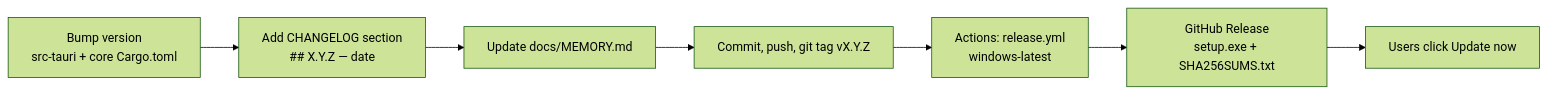
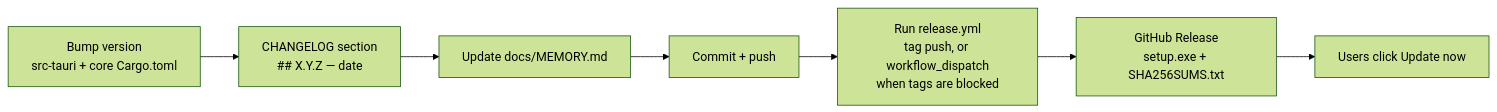
One commit to Edgar-Mendonca/Datum-Plan changed the third of 3 diagrams in docs/MEMORY.md. Above: the diagram before and after it, drawn with Mermaid (forest theme). The commit also changed other lines of this file and 24 other files, not shown here.

````diff
--- a/docs/MEMORY.md
+++ b/docs/MEMORY.md
@@ -99,9 +122,9 @@
 ```mermaid
 flowchart LR
-  A[Bump version<br/>src-tauri + core Cargo.toml] --> B[Add CHANGELOG section<br/>## X.Y.Z — date]
+  A[Bump version<br/>src-tauri + core Cargo.toml] --> B[CHANGELOG section<br/>## X.Y.Z — date]
   B --> C[Update docs/MEMORY.md]
-  C --> D[Commit, push, git tag vX.Y.Z]
-  D --> E[Actions: release.yml<br/>windows-latest]
+  C --> D[Commit + push]
+  D --> E[Run release.yml<br/>tag push, or workflow_dispatch<br/>when tags are blocked]
   E --> F[GitHub Release<br/>setup.exe + SHA256SUMS.txt]
   F --> G[Users click Update now]
 ```
````
